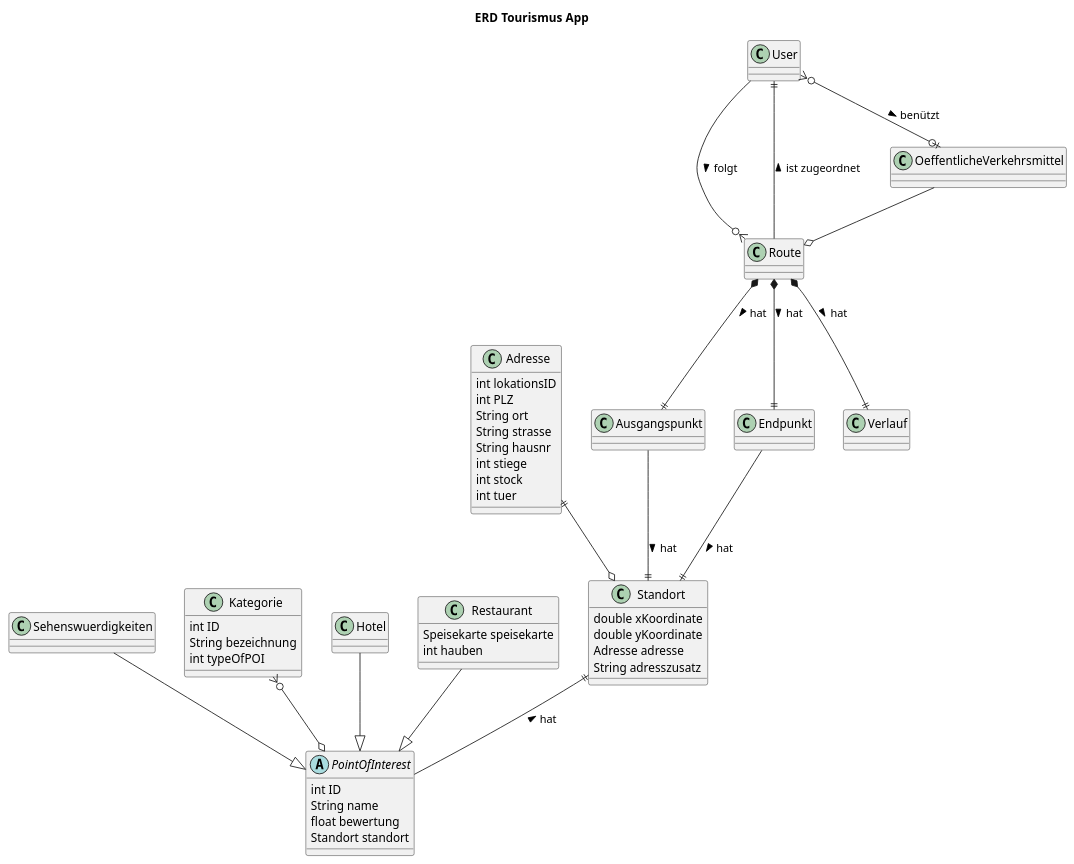
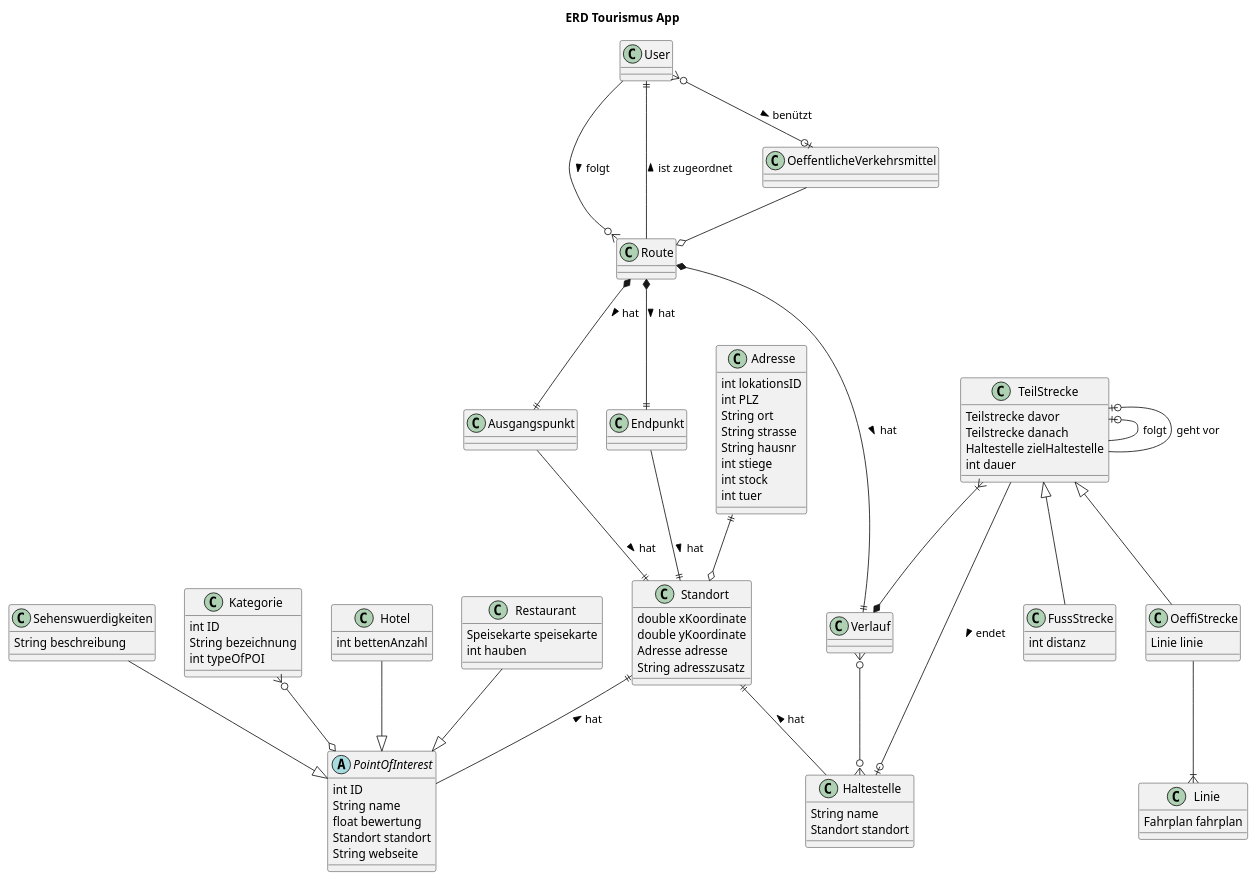
One commit to Zwerg95/HTLLeondingApp changed the diagram in ERD.puml. Above: the diagram before and after it, drawn with PlantUML.

Commit message:
Update ERD.puml
Neuer Stand vom 23.04.21

```diff
--- a/ERD.puml
+++ b/ERD.puml
@@ -1,71 +1,113 @@
 @startuml
 'https://plantuml.com/class-diagram
 
 title ERD Tourismus App
 class Route
 class Ausgangspunkt
 class Endpunkt
 class Verlauf
 class User
 
 class Sehenswuerdigkeiten {
-
+    String beschreibung
 }
 
 class Kategorie{
     int ID 
     String bezeichnung
     int typeOfPOI
 }
-class Hotel
+
+class Hotel{
+    int bettenAnzahl
+}
+
 class Restaurant {
-Speisekarte speisekarte
-int hauben 
+    Speisekarte speisekarte
+    int hauben 
 }
-class OeffentlicheVerkehrsmittel
+
+class OeffentlicheVerkehrsmittel 
+
 class Standort {
-double xKoordinate
-double yKoordinate
-Adresse adresse
-String adresszusatz
+    double xKoordinate
+    double yKoordinate
+    Adresse adresse
+    String adresszusatz
 }
+
 abstract class PointOfInterest {
-int ID
-String name
-float bewertung
-Standort standort 
+    int ID
+    String name
+    float bewertung
+    Standort standort 
+    String webseite
 }
 
 class Adresse{
-int lokationsID
-int PLZ
-String ort 
-String strasse 
-String hausnr
-int stiege
-int stock 
-int tuer 
+    int lokationsID
+    int PLZ
+    String ort 
+    String strasse 
+    String hausnr
+    int stiege
+    int stock 
+    int tuer 
+}
+
+class Haltestelle{
+    String name
+    Standort standort 
+}
+
+class TeilStrecke{
+    Teilstrecke davor
+    Teilstrecke danach
+    Haltestelle zielHaltestelle 
+    int dauer
+}
+
+class FussStrecke{
+    int distanz
+}
+
+class OeffiStrecke{
+    Linie linie
+}
+
+class Linie{
+    Fahrplan fahrplan
 }
 
 Kategorie }o--o PointOfInterest
 
 Route *--|| Ausgangspunkt: > hat
 Route *--|| Endpunkt: > hat
 Route *--|| Verlauf: > hat
 User --o{ Route : folgt >
 User ||-- Route : ist zugeordnet <
 
 User }o--o| OeffentlicheVerkehrsmittel: > benützt
 
 Adresse ||--o Standort
 Endpunkt --|| Standort:  > hat
 Ausgangspunkt --|| Standort:  > hat
 
 OeffentlicheVerkehrsmittel --o Route
 
 Standort ||-- PointOfInterest: < hat
+Standort ||-- Haltestelle: < hat
+Verlauf }o--o{ Haltestelle
 
 Sehenswuerdigkeiten --|> PointOfInterest
 Hotel --|> PointOfInterest
 Restaurant --|> PointOfInterest
+
+TeilStrecke }|--* Verlauf
+TeilStrecke  --o| Haltestelle: > endet
+TeilStrecke |o-- TeilStrecke: folgt
+TeilStrecke |o-- TeilStrecke: geht vor
+TeilStrecke <|-- FussStrecke
+TeilStrecke <|-- OeffiStrecke
+OeffiStrecke --|{ Linie
 @enduml
```
